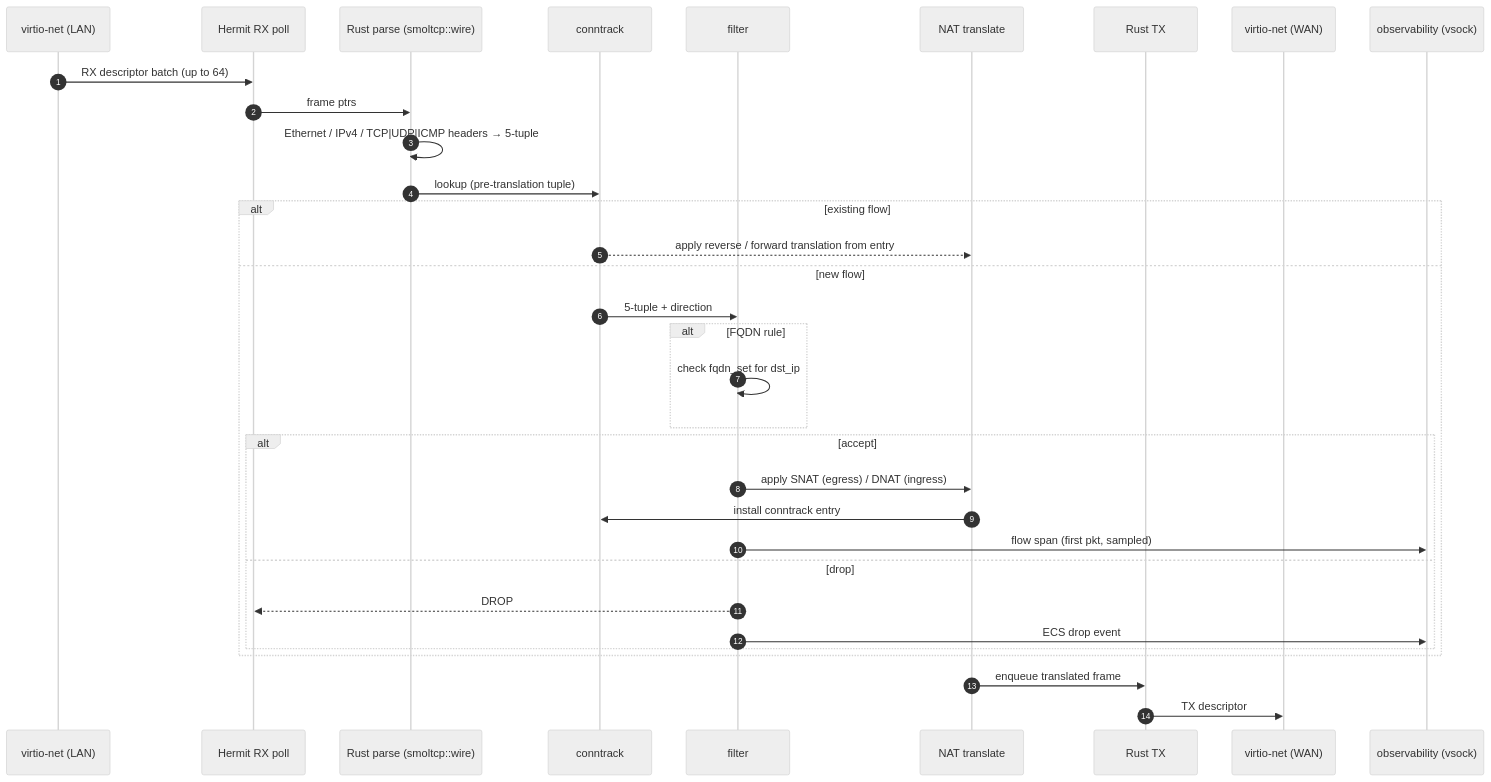
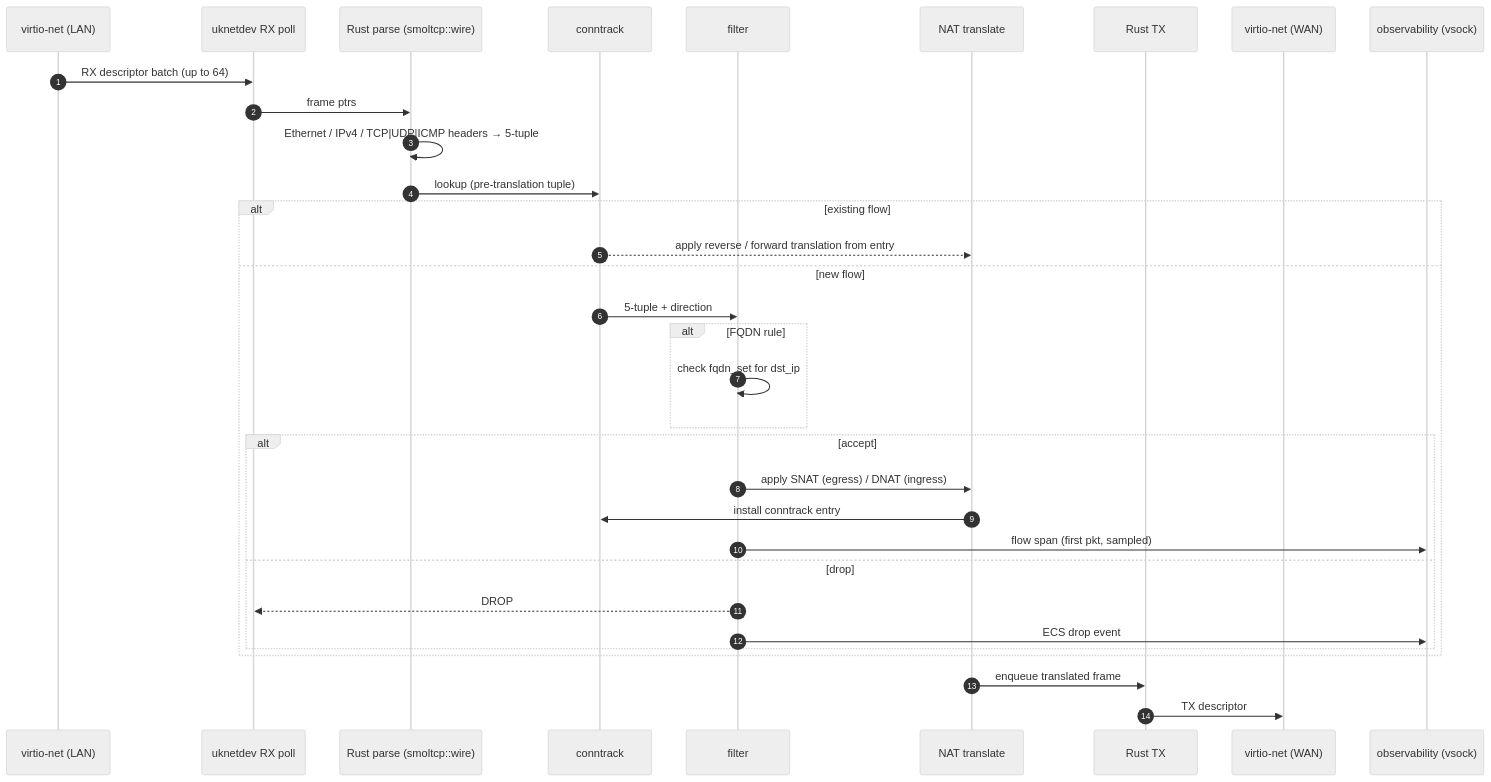
The diagram in docs/architecture/diagrams/packet-path.mmd (LeTuR/thurward), drawn with Mermaid (neutral theme) before and after one commit. The commit also changed 11 other files, not shown here.

```diff
--- a/docs/architecture/diagrams/packet-path.mmd
+++ b/docs/architecture/diagrams/packet-path.mmd
@@ -1,40 +1,41 @@
 %% Canonical source for the packet-path diagram.
 %% Embedded inline in docs/architecture/02-packet-path.md.
 %% Reflects the Rust fast-path on smoltcp::wire (ADR 0013 + ADR 0017)
-%% running on Hermit, and the conntrack + NAT pipeline (ADR 0014).
+%% running on Unikraft via lib-uknetdev (ADR 0018), and the
+%% conntrack + NAT pipeline (ADR 0014).
 %% The lwIP-based predecessor is archived under
 %% _sources/old/packet-path.lwip.mmd.
 sequenceDiagram
     autonumber
     participant NIC0 as virtio-net (LAN)
-    participant POLL as Hermit RX poll
+    participant POLL as uknetdev RX poll
     participant PARSE as Rust parse (smoltcp::wire)
     participant CT as conntrack
     participant FILT as filter
     participant NAT as NAT translate
     participant TX as Rust TX
     participant NIC1 as virtio-net (WAN)
     participant OBS as observability (vsock)
 
     NIC0->>POLL: RX descriptor batch (up to 64)
     POLL->>PARSE: frame ptrs
     PARSE->>PARSE: Ethernet / IPv4 / TCP|UDP|ICMP headers → 5-tuple
     PARSE->>CT: lookup (pre-translation tuple)
     alt existing flow
         CT-->>NAT: apply reverse / forward translation from entry
     else new flow
         CT->>FILT: 5-tuple + direction
         alt FQDN rule
             FILT->>FILT: check fqdn_set for dst_ip
         end
         alt accept
             FILT->>NAT: apply SNAT (egress) / DNAT (ingress)
             NAT->>CT: install conntrack entry
             FILT->>OBS: flow span (first pkt, sampled)
         else drop
             FILT-->>POLL: DROP
             FILT->>OBS: ECS drop event
         end
     end
     NAT->>TX: enqueue translated frame
     TX->>NIC1: TX descriptor
```
